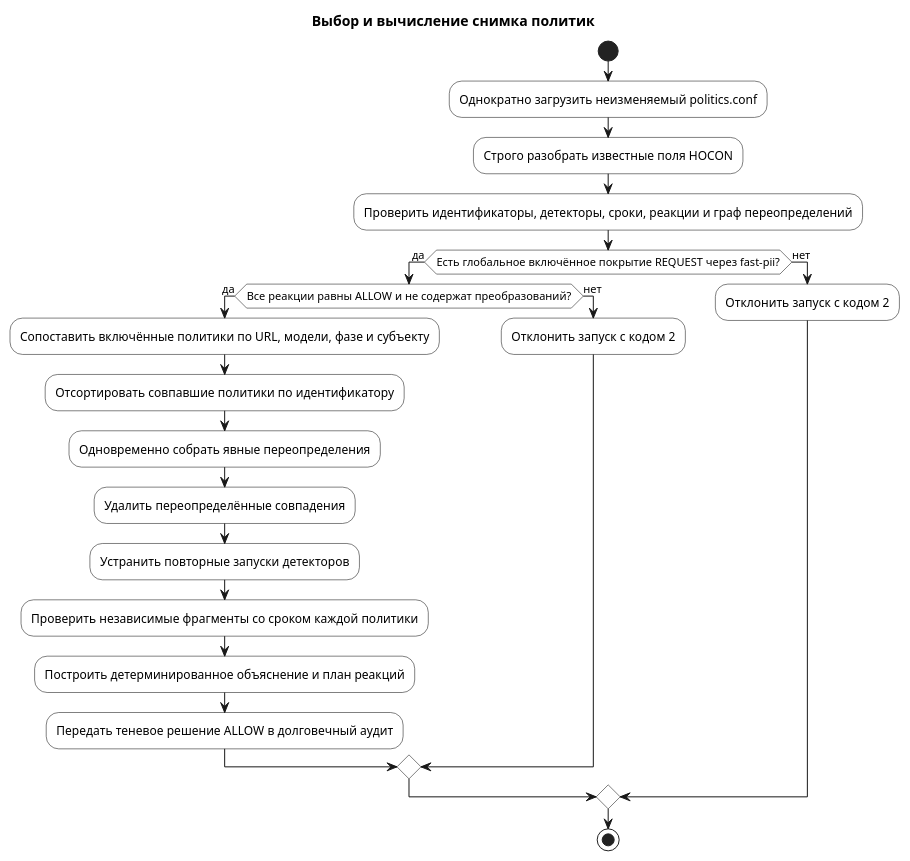
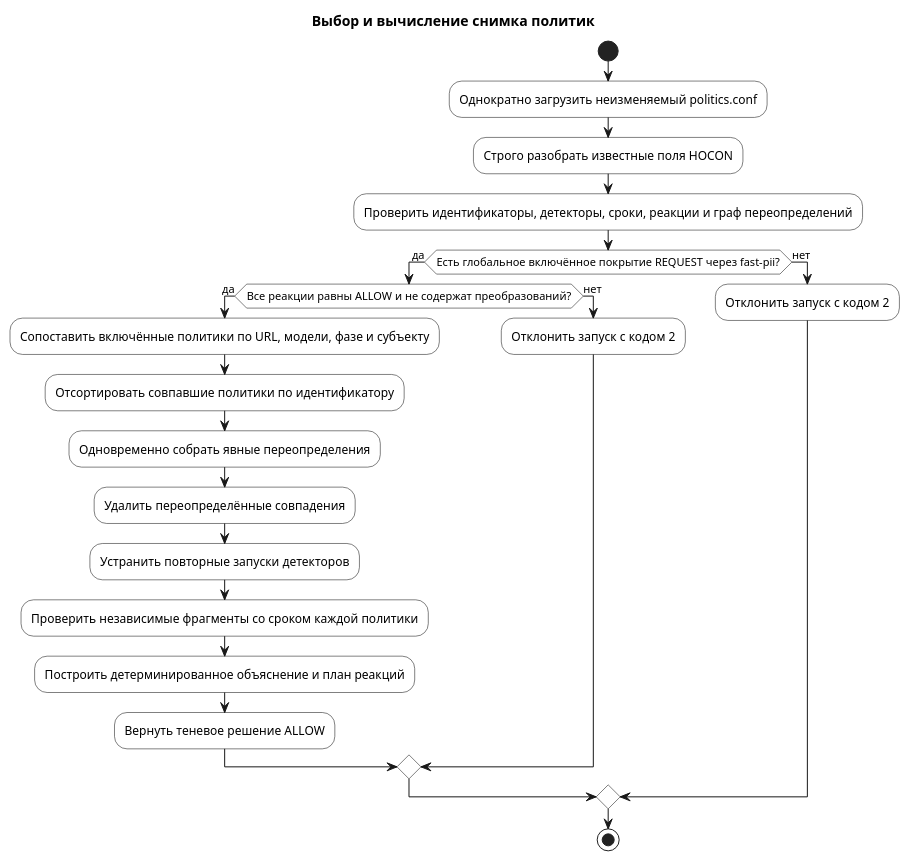
Before and after one commit to finnetrolle/vigilant: the diagram in docs/diagrams/policy-selection-activity.puml, drawn with PlantUML. The commit also changed 97 other files, not shown here.

```diff
--- a/docs/diagrams/policy-selection-activity.puml
+++ b/docs/diagrams/policy-selection-activity.puml
@@ -1,29 +1,29 @@
 @startuml
 title Выбор и вычисление снимка политик
 skinparam activity {
   BackgroundColor White
   BorderColor Black
 }
 
 start
 :Однократно загрузить неизменяемый politics.conf;
 :Строго разобрать известные поля HOCON;
 :Проверить идентификаторы, детекторы, сроки, реакции и граф переопределений;
 if (Есть глобальное включённое покрытие REQUEST через fast-pii?) then (да)
   if (Все реакции равны ALLOW и не содержат преобразований?) then (да)
     :Сопоставить включённые политики по URL, модели, фазе и субъекту;
     :Отсортировать совпавшие политики по идентификатору;
     :Одновременно собрать явные переопределения;
     :Удалить переопределённые совпадения;
     :Устранить повторные запуски детекторов;
     :Проверить независимые фрагменты со сроком каждой политики;
     :Построить детерминированное объяснение и план реакций;
-    :Передать теневое решение ALLOW в долговечный аудит;
+    :Вернуть теневое решение ALLOW;
   else (нет)
     :Отклонить запуск с кодом 2;
   endif
 else (нет)
   :Отклонить запуск с кодом 2;
 endif
 stop
 @enduml
```
